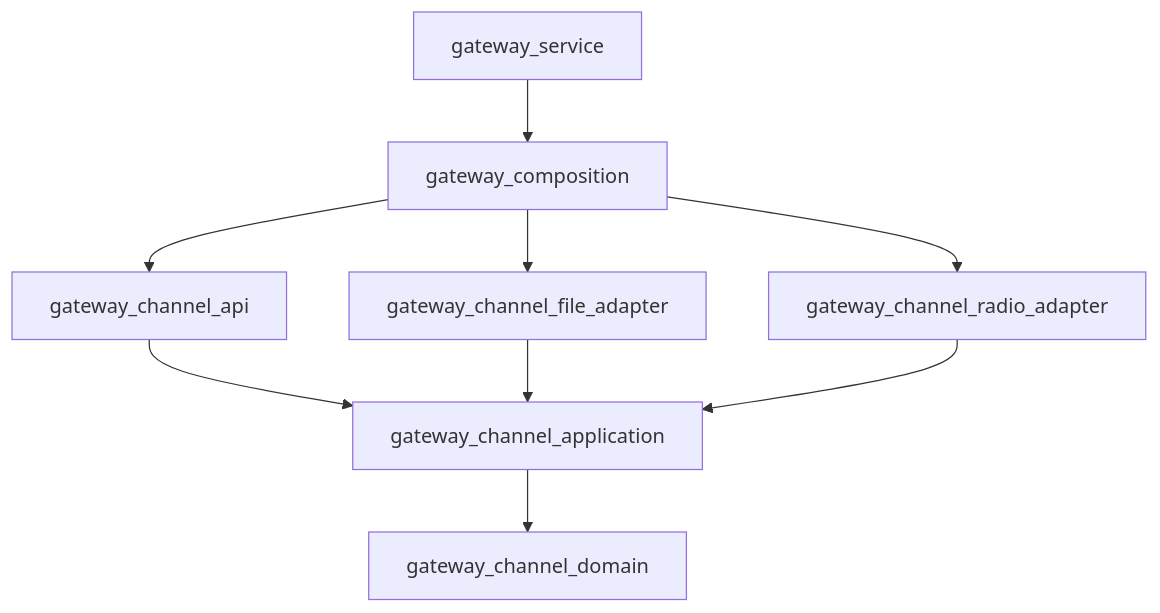
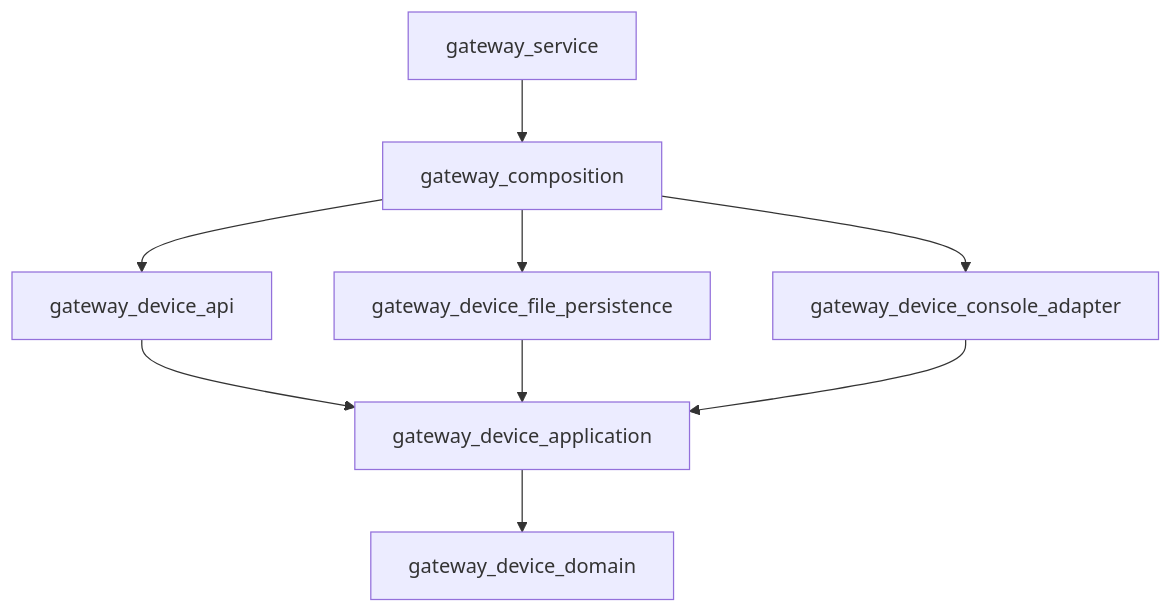
The diagram in README.md (pxhoang/cmake), drawn with Mermaid before and after one commit. The commit also changed other lines of this file and 75 other files, not shown here.

````diff
--- a/README.md
+++ b/README.md
@@ -105,11 +116,11 @@
 ```mermaid
 graph TD
     Host["gateway_service"] --> Composition["gateway_composition"]
-    Composition --> API["gateway_channel_api"]
-    API --> Application["gateway_channel_application"]
-    Application --> Domain["gateway_channel_domain"]
-    Composition --> FileAdapter["gateway_channel_file_adapter"]
-    Composition --> RadioAdapter["gateway_channel_radio_adapter"]
-    FileAdapter --> Application
-    RadioAdapter --> Application
+    Composition --> API["gateway_device_api"]
+    API --> Application["gateway_device_application"]
+    Application --> Domain["gateway_device_domain"]
+    Composition --> Persistence["gateway_device_file_persistence"]
+    Composition --> ConsoleAdapter["gateway_device_console_adapter"]
+    Persistence --> Application
+    ConsoleAdapter --> Application
 ```
````
